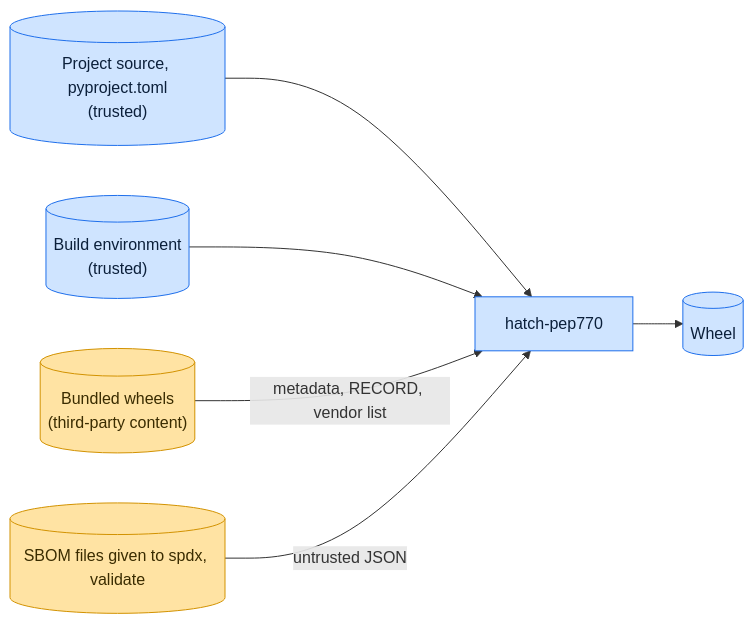
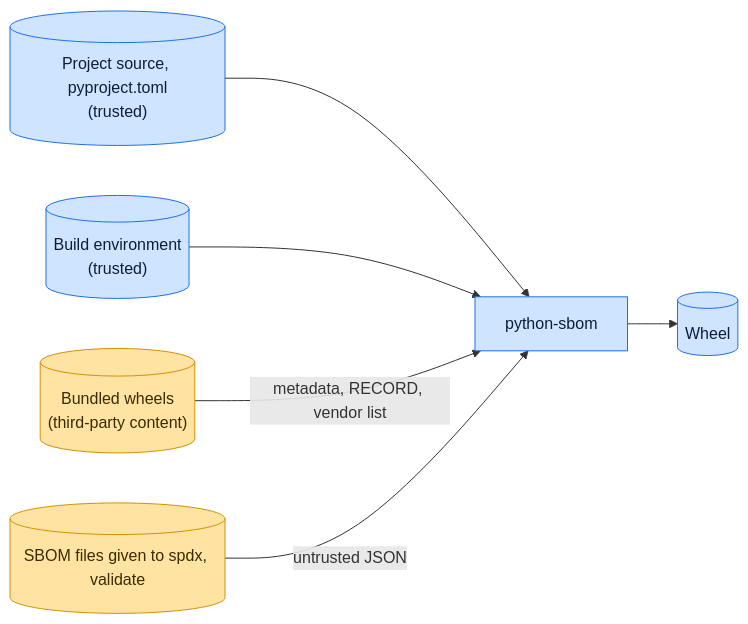
One commit to tox-dev/hatch-pep770 changed the diagram in .github/THREAT_MODEL.md. Above: the diagram before and after it, drawn with Mermaid. The commit also changed other lines of this file and 40 other files, not shown here.

First line of the commit message:
🚚 refactor: rename the project to python-sbom

````diff
--- a/.github/THREAT_MODEL.md
+++ b/.github/THREAT_MODEL.md
@@ -14,12 +14,12 @@
 ```mermaid
 flowchart LR
-    project[("Project source, pyproject.toml<br/>(trusted)")] --> hook["hatch-pep770"]
+    project[("Project source, pyproject.toml<br/>(trusted)")] --> hook["python-sbom"]
     env[("Build environment<br/>(trusted)")] --> hook
     bundled[("Bundled wheels<br/>(third-party content)")] -->|"metadata, RECORD, vendor list"| hook
     sbom[("SBOM files given to spdx, validate")] -->|"untrusted JSON"| hook
     hook --> wheel[("Wheel")]
     classDef trusted fill:#cfe4ff,stroke:#1f6feb,color:#0b1f3a;
     classDef boundary fill:#ffe3a3,stroke:#d29200,color:#3a2c00;
     class project,env,hook,wheel trusted;
     class bundled,sbom boundary;
 ```
````
